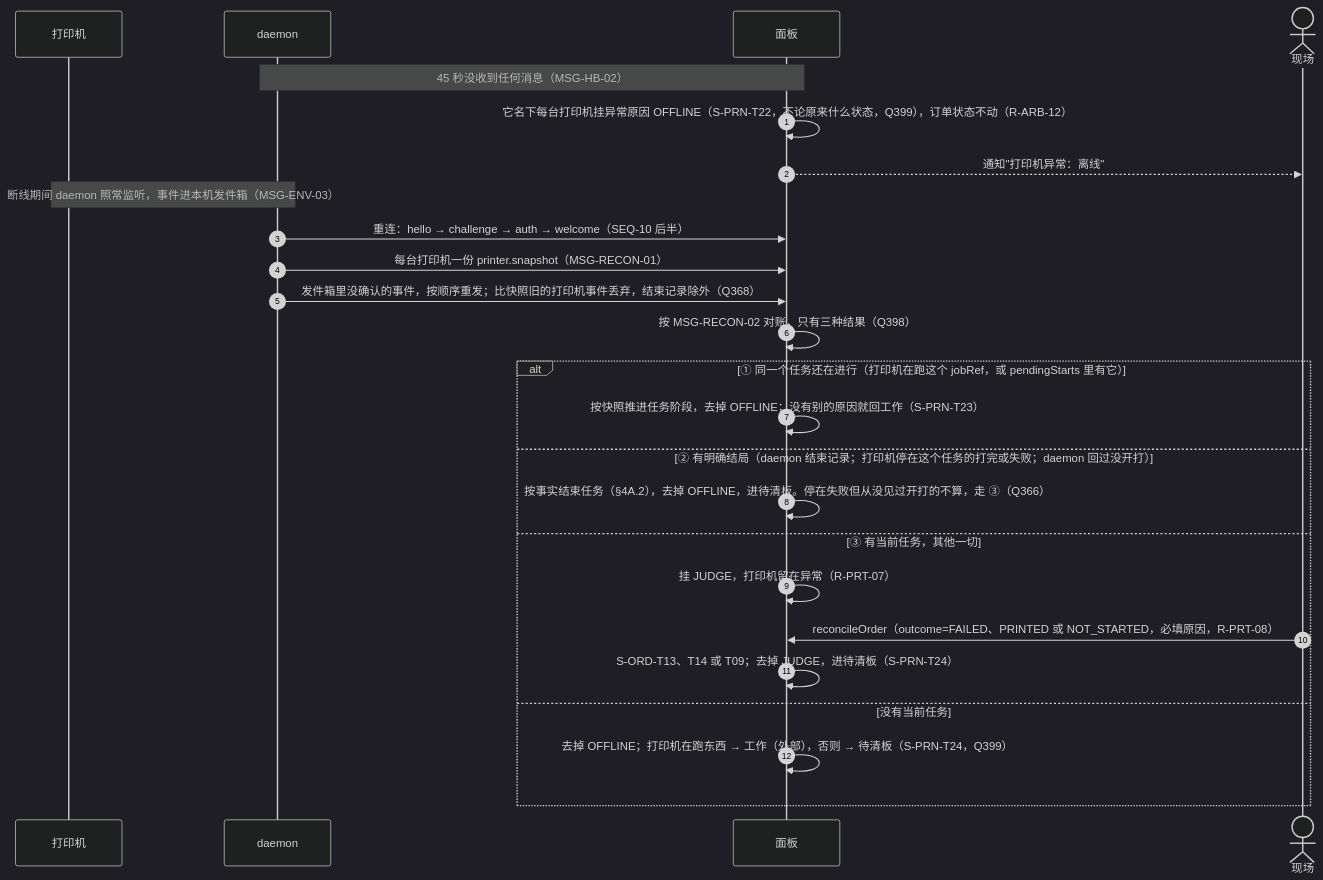
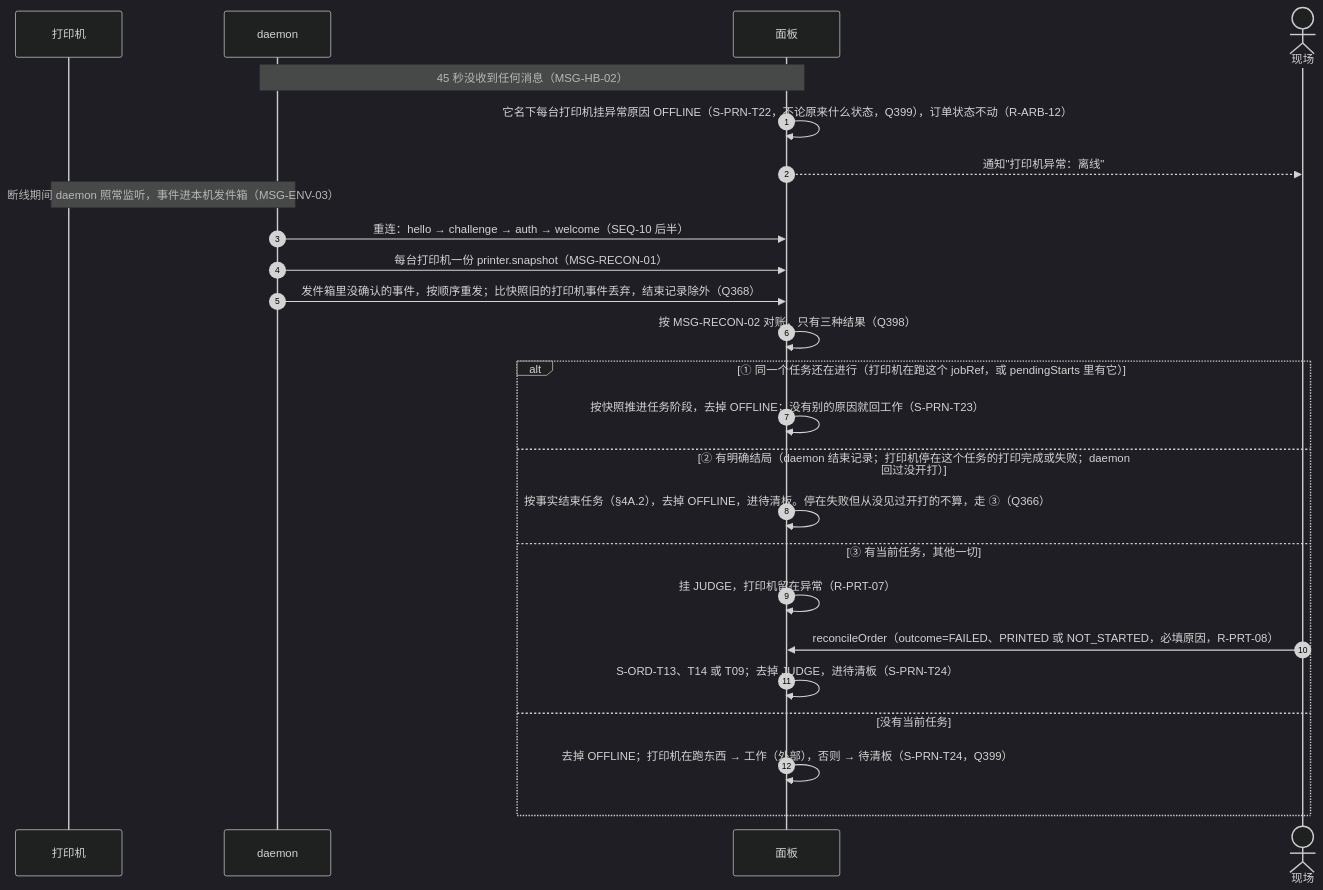
Before and after one commit to PlateRelay/PlateRelay: the sixth of 11 diagrams in docs/design/03-sequences.md, drawn with Mermaid (dark theme). The commit also changed other lines of this file and 10 other files, not shown here.

````diff
--- a/docs/design/03-sequences.md
+++ b/docs/design/03-sequences.md
@@ -250,27 +250,27 @@
 ```mermaid
 sequenceDiagram
   autonumber
   participant R as 打印机
   participant D as daemon
   participant P as 面板
   actor S as 现场
   Note over D,P: 45 秒没收到任何消息（MSG-HB-02）
   P->>P: 它名下每台打印机挂异常原因 OFFLINE（S-PRN-T22，不论原来什么状态，Q399），订单状态不动（R-ARB-12）
   P-->>S: 通知"打印机异常：离线"
   Note over R,D: 断线期间 daemon 照常监听，事件进本机发件箱（MSG-ENV-03）
   D->>P: 重连：hello → challenge → auth → welcome（SEQ-10 后半）
   D->>P: 每台打印机一份 printer.snapshot（MSG-RECON-01）
   D->>P: 发件箱里没确认的事件，按顺序重发；比快照旧的打印机事件丢弃，结束记录除外（Q368）
   P->>P: 按 MSG-RECON-02 对账，只有三种结果（Q398）
   alt ① 同一个任务还在进行（打印机在跑这个 jobRef，或 pendingStarts 里有它）
     P->>P: 按快照推进任务阶段，去掉 OFFLINE；没有别的原因就回工作（S-PRN-T23）
-  else ② 有明确结局（daemon 结束记录；打印机停在这个任务的打完或失败；daemon 回过没开打）
+  else ② 有明确结局（daemon 结束记录；打印机停在这个任务的打印完成或失败；daemon 回过没开打）
     P->>P: 按事实结束任务（§4A.2），去掉 OFFLINE，进待清板。停在失败但从没见过开打的不算，走 ③（Q366）
   else ③ 有当前任务，其他一切
     P->>P: 挂 JUDGE，打印机留在异常（R-PRT-07）
     S->>P: reconcileOrder（outcome=FAILED、PRINTED 或 NOT_STARTED，必填原因，R-PRT-08）
     P->>P: S-ORD-T13、T14 或 T09；去掉 JUDGE，进待清板（S-PRN-T24）
   else 没有当前任务
     P->>P: 去掉 OFFLINE；打印机在跑东西 → 工作（外部），否则 → 待清板（S-PRN-T24，Q399）
   end
 ```
````
